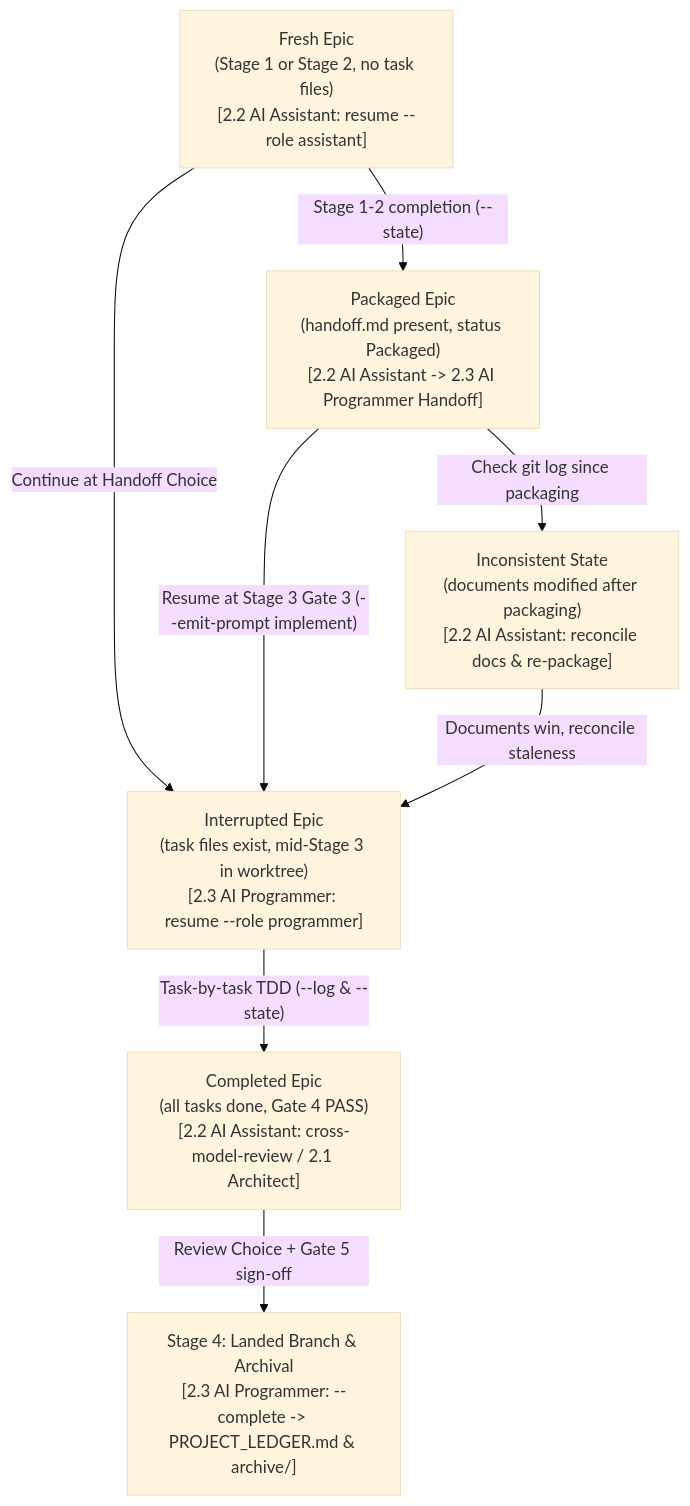
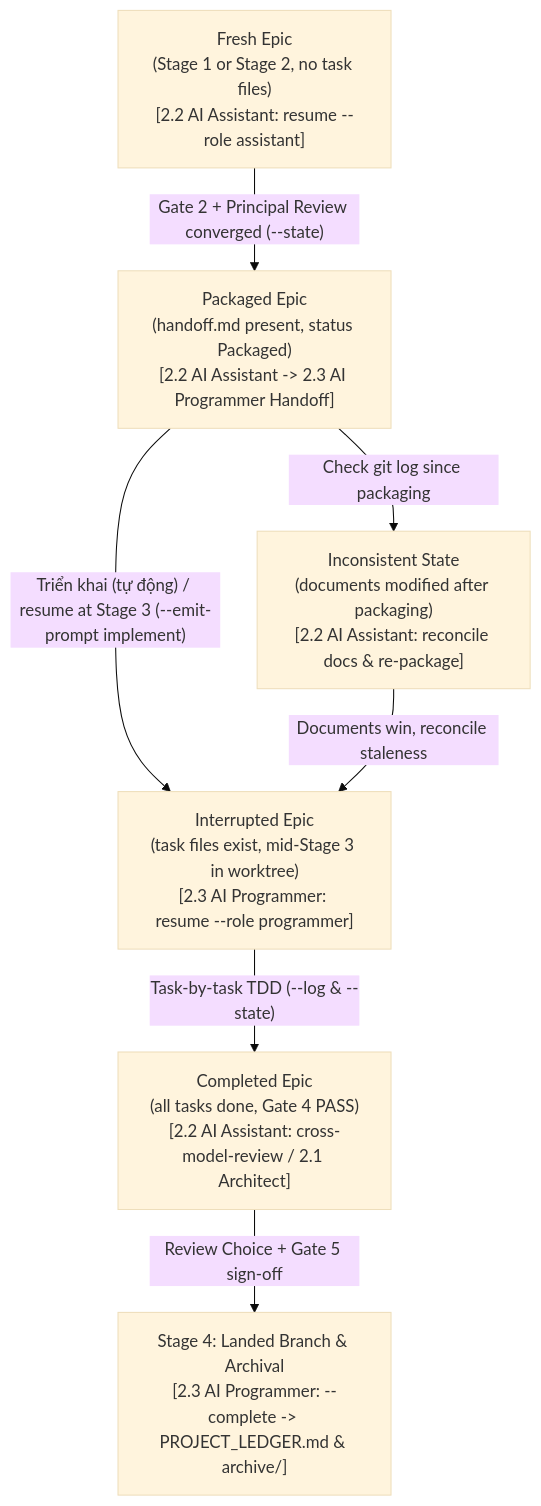
The second of 5 diagrams in docs/lifecycles.en.md (DanhDue/ai-agent-tools), drawn with Mermaid (base theme) before and after one commit. The commit also changed other lines of this file and 18 other files, not shown here.

First line of the commit message:
[LIFECYCLE] Align Stage 2 Principal Review transition and autonomous execution gates

````diff
--- a/docs/lifecycles.en.md
+++ b/docs/lifecycles.en.md
@@ -112,17 +110,16 @@
 ```mermaid
 flowchart TD
     FRESH["Fresh Epic<br/>(Stage 1 or Stage 2, no task files)<br/>[2.2 AI Assistant: resume --role assistant]"]
     PKG["Packaged Epic<br/>(handoff.md present, status Packaged)<br/>[2.2 AI Assistant -> 2.3 AI Programmer Handoff]"]
     INTR["Interrupted Epic<br/>(task files exist, mid-Stage 3 in worktree)<br/>[2.3 AI Programmer: resume --role programmer]"]
     DONE_EPIC["Completed Epic<br/>(all tasks done, Gate 4 PASS)<br/>[2.2 AI Assistant: cross-model-review / 2.1 Architect]"]
     INCON["Inconsistent State<br/>(documents modified after packaging)<br/>[2.2 AI Assistant: reconcile docs &amp; re-package]"]
     MERGED["Stage 4: Landed Branch &amp; Archival<br/>[2.3 AI Programmer: --complete -> PROJECT_LEDGER.md &amp; archive/]"]
 
-    FRESH -->|"Stage 1-2 completion (--state)"| PKG
-    FRESH -->|"Continue at Handoff Choice"| INTR
+    FRESH -->|"Gate 2 + Principal Review converged (--state)"| PKG
     PKG -->|"Check git log since packaging"| INCON
-    PKG -->|"Resume at Stage 3 Gate 3 (--emit-prompt implement)"| INTR
+    PKG -->|"Triển khai (tự động) / resume at Stage 3 (--emit-prompt implement)"| INTR
     INCON -->|"Documents win, reconcile staleness"| INTR
     INTR -->|"Task-by-task TDD (--log &amp; --state)"| DONE_EPIC
     DONE_EPIC -->|"Review Choice + Gate 5 sign-off"| MERGED
 ```
````
